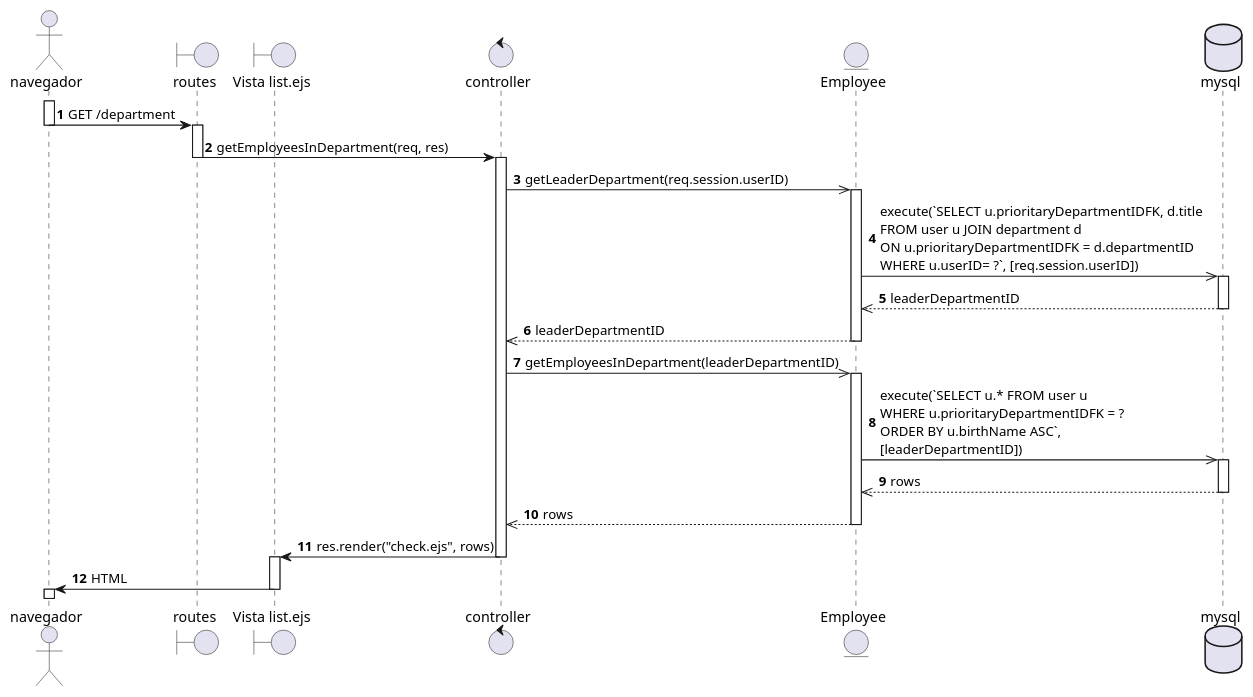
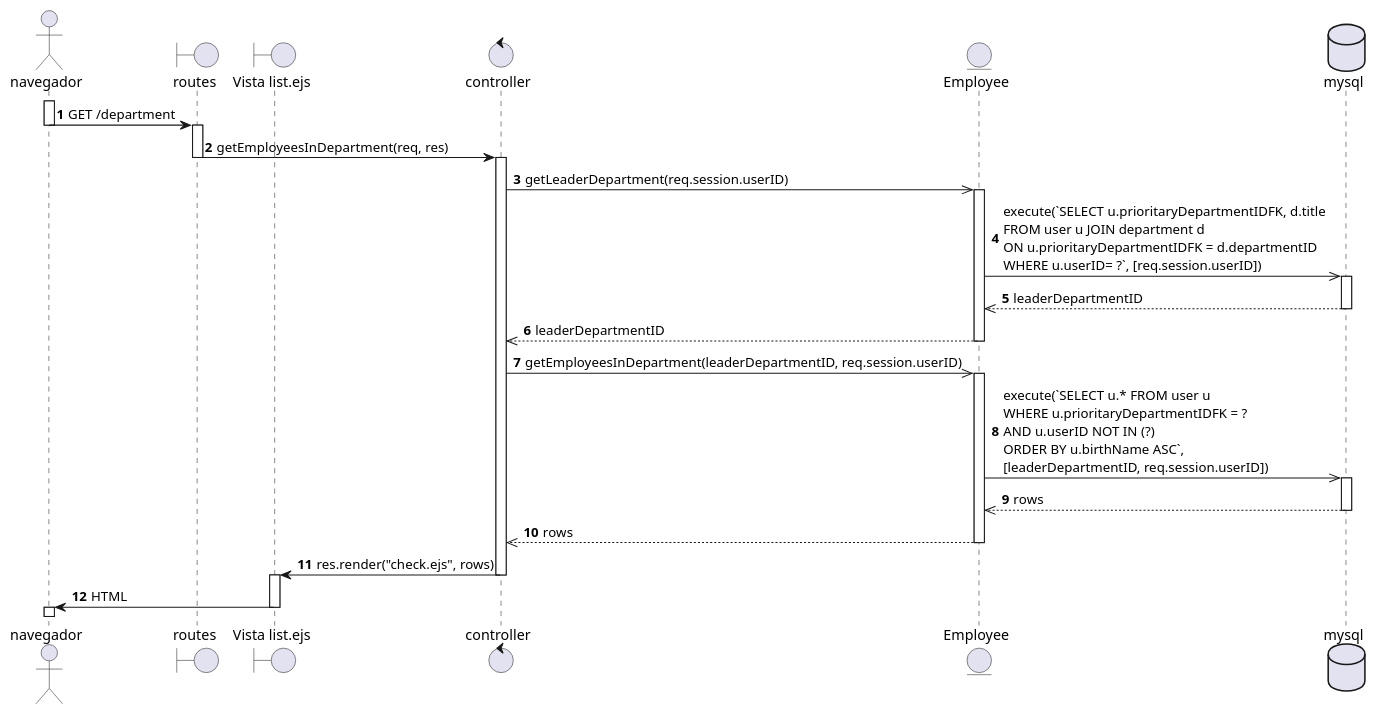
The diagram in diagrams/Casos de Uso/yael req fun/Diagramas de Secuencia/liderConsultaColaboradoresDepartamento.puml (EdCanCe/WorkCells), drawn with PlantUML before and after one commit.

Commit message:
Update: diagrama de secuencia modificado para remover al propio lider del departamento

```diff
--- a/diagrams/Casos de Uso/yael req fun/Diagramas de Secuencia/liderConsultaColaboradoresDepartamento.puml
+++ b/diagrams/Casos de Uso/yael req fun/Diagramas de Secuencia/liderConsultaColaboradoresDepartamento.puml
@@ -1,45 +1,45 @@
 @startuml
 
 actor navegador as nav
 boundary routes
 boundary "Vista list.ejs" as list
 control controller
 entity Employee as emp
 database mysql
 
 autonumber
 
 activate nav
 nav -> routes: GET /department
 deactivate nav
 activate routes
 routes -> controller: getEmployeesInDepartment(req, res)
 deactivate routes
 
 activate controller  
 controller ->> emp: getLeaderDepartment(req.session.userID)
 activate emp
 emp ->> mysql: execute(`SELECT u.prioritaryDepartmentIDFK, d.title \nFROM user u JOIN department d \nON u.prioritaryDepartmentIDFK = d.departmentID \nWHERE u.userID= ?`, [req.session.userID])
 activate mysql
 mysql -->> emp: leaderDepartmentID
 deactivate mysql
 emp -->> controller: leaderDepartmentID
 deactivate emp
 
-controller ->> emp: getEmployeesInDepartment(leaderDepartmentID)
+controller ->> emp: getEmployeesInDepartment(leaderDepartmentID, req.session.userID)
 activate emp
-emp ->> mysql: execute(`SELECT u.* FROM user u \nWHERE u.prioritaryDepartmentIDFK = ? \nORDER BY u.birthName ASC`, \n[leaderDepartmentID])
+emp ->> mysql: execute(`SELECT u.* FROM user u \nWHERE u.prioritaryDepartmentIDFK = ? \nAND u.userID NOT IN (?) \nORDER BY u.birthName ASC`, \n[leaderDepartmentID, req.session.userID])
 activate mysql
 mysql -->> emp: rows
 deactivate mysql
 emp -->> controller: rows
 deactivate emp
 controller -> list: res.render("check.ejs", rows)
 deactivate controller
 
 activate list
 list -> nav: HTML
 deactivate list
 activate nav
 
 @enduml
```
